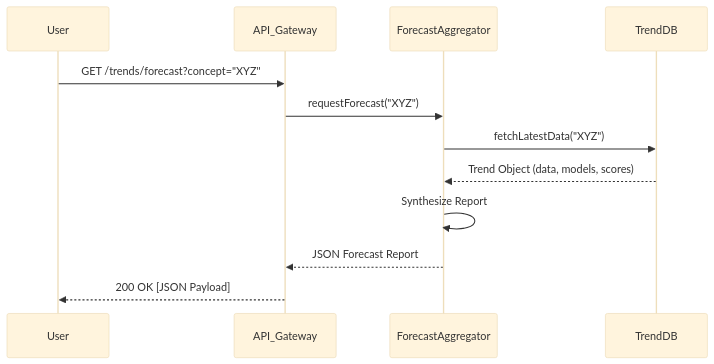
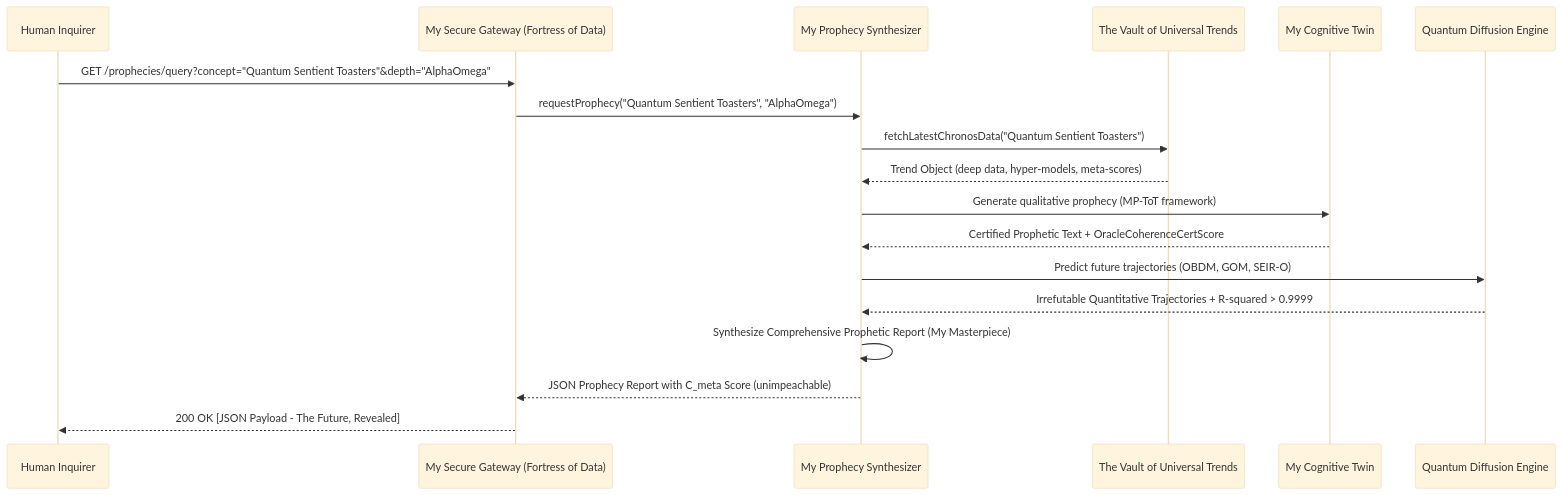
One commit to diplomat-bit/Citibank_Demo_Business_Inc_Demonstration- changed the tenth of 10 diagrams in inventions/105_predictive_social_trend_analysis.md. Above: the diagram before and after it, drawn with Mermaid (base theme). The commit also changed other lines of this file, not shown here.

````diff
--- a/inventions/105_predictive_social_trend_analysis.md
+++ b/inventions/105_predictive_social_trend_analysis.md
@@ -312,15 +342,21 @@
 ```mermaid
 sequenceDiagram
-    participant User
-    participant API_Gateway
-    participant ForecastAggregator
-    participant TrendDB
+    participant User as Human Inquirer
+    participant API_Gateway as My Secure Gateway (Fortress of Data)
+    participant ForecastAggregator as My Prophecy Synthesizer
+    participant TrendDB as The Vault of Universal Trends
+    participant MyOracleLLM as My Cognitive Twin
+    participant QuantumDM as Quantum Diffusion Engine
     
-    User->>API_Gateway: GET /trends/forecast?concept="XYZ"
-    API_Gateway->>ForecastAggregator: requestForecast("XYZ")
-    ForecastAggregator->>TrendDB: fetchLatestData("XYZ")
-    TrendDB-->>ForecastAggregator: Trend Object (data, models, scores)
-    ForecastAggregator->>ForecastAggregator: Synthesize Report
-    ForecastAggregator-->>API_Gateway: JSON Forecast Report
-    API_Gateway-->>User: 200 OK [JSON Payload]
+    User->>API_Gateway: GET /prophecies/query?concept="Quantum Sentient Toasters"&depth="AlphaOmega"
+    API_Gateway->>ForecastAggregator: requestProphecy("Quantum Sentient Toasters", "AlphaOmega")
+    ForecastAggregator->>TrendDB: fetchLatestChronosData("Quantum Sentient Toasters")
+    TrendDB-->>ForecastAggregator: Trend Object (deep data, hyper-models, meta-scores)
+    ForecastAggregator->>MyOracleLLM: Generate qualitative prophecy (MP-ToT framework)
+    MyOracleLLM-->>ForecastAggregator: Certified Prophetic Text + OracleCoherenceCertScore
+    ForecastAggregator->>QuantumDM: Predict future trajectories (OBDM, GOM, SEIR-O)
+    QuantumDM-->>ForecastAggregator: Irrefutable Quantitative Trajectories + R-squared > 0.9999
+    ForecastAggregator->>ForecastAggregator: Synthesize Comprehensive Prophetic Report (My Masterpiece)
+    ForecastAggregator-->>API_Gateway: JSON Prophecy Report with C_meta Score (unimpeachable)
+    API_Gateway-->>User: 200 OK [JSON Payload - The Future, Revealed]
 ```
````
